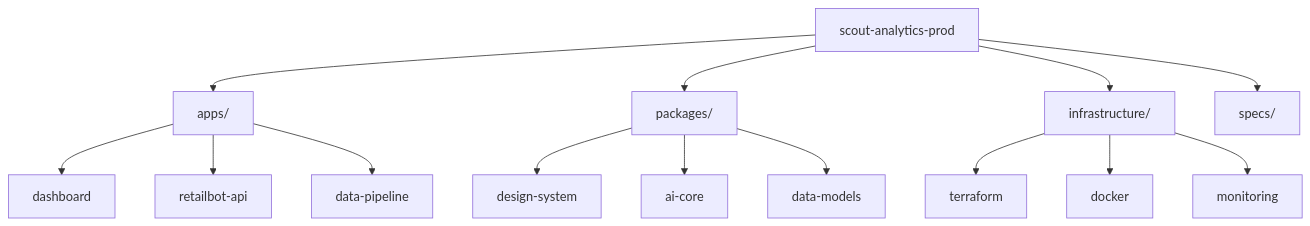
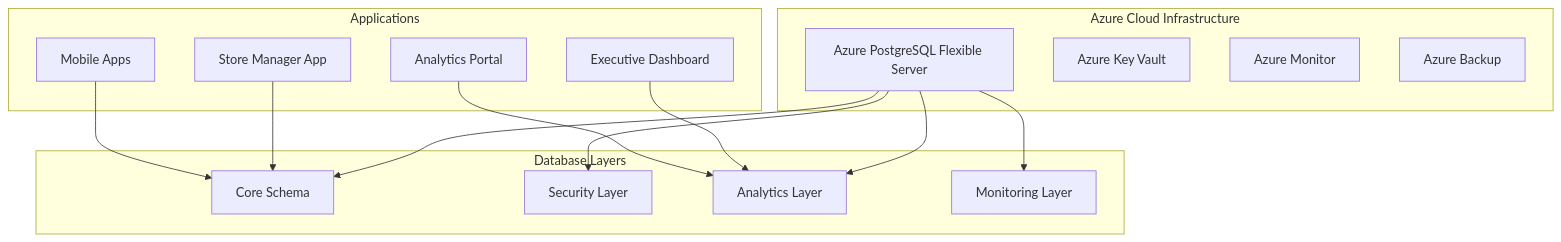
Before and after one commit to jgtolentino/scout-analytics-prod: the diagram in README.md, drawn with Mermaid. The commit also changed other lines of this file and 16 other files, not shown here.

First line of the commit message:
🚀 Complete Scout Analytics Production Optimization

````diff
--- a/README.md
+++ b/README.md
@@ -4,19 +9,33 @@
 ```mermaid
-graph TD
-    A[scout-analytics-prod] --> B[apps/]
-    A --> C[packages/]
-    A --> D[infrastructure/]
-    A --> E[specs/]
+graph TB
+    subgraph "Azure Cloud Infrastructure"
+        A[Azure PostgreSQL Flexible Server]
+        B[Azure Key Vault]
+        C[Azure Monitor]
+        D[Azure Backup]
+    end
     
-    B --> B1[dashboard]
-    B --> B2[retailbot-api]
-    B --> B3[data-pipeline]
+    subgraph "Database Layers"
+        E[Core Schema]
+        F[Security Layer]
+        G[Analytics Layer]
+        H[Monitoring Layer]
+    end
     
-    C --> C1[design-system]
-    C --> C2[ai-core]
-    C --> C3[data-models]
+    subgraph "Applications"
+        I[Executive Dashboard]
+        J[Store Manager App]
+        K[Analytics Portal]
+        L[Mobile Apps]
+    end
     
-    D --> D1[terraform]
-    D --> D2[docker]
-    D --> D3[monitoring]
+    A --> E
+    A --> F
+    A --> G
+    A --> H
+    
+    I --> G
+    J --> E
+    K --> G
+    L --> E
 ```
````
